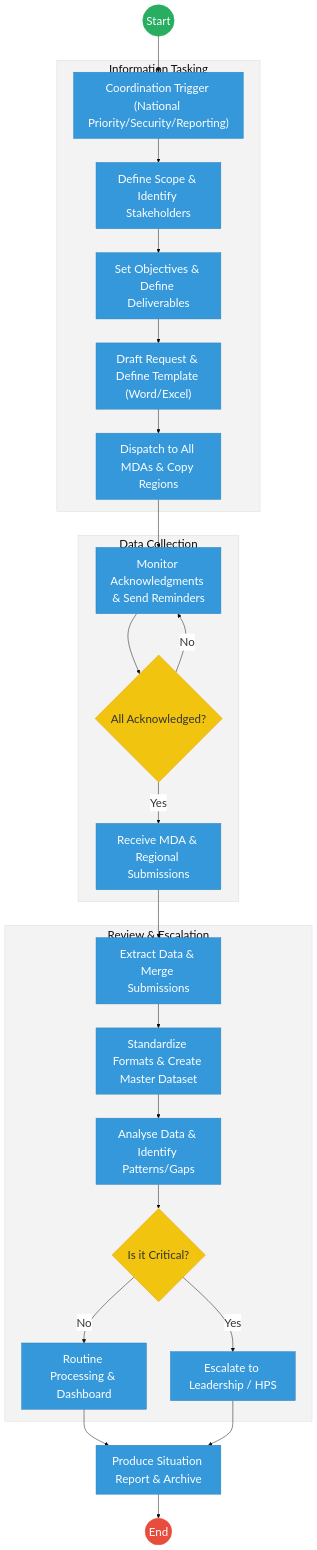
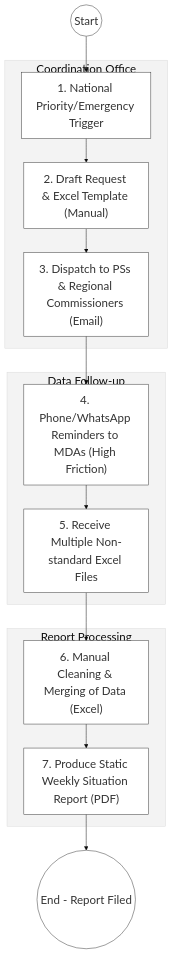
One commit to BITZ-IT-Consulting-LTD/ictapoc changed the first of 2 diagrams in mdas/docs_final/priority_mdas/National_Government_Coordination___Service_Delivery.md. Above: the diagram before and after it, drawn with Mermaid. The commit also changed other lines of this file and 37 other files, not shown here.

````diff
--- a/mdas/docs_final/priority_mdas/National_Government_Coordination___Service_Delivery.md
+++ b/mdas/docs_final/priority_mdas/National_Government_Coordination___Service_Delivery.md
@@ -40,43 +77,22 @@
 ```mermaid
 %%{init: { 'theme': 'base', 'themeVariables': { 'fontSize': '24px', 'fontFamily': 'Inter, system-ui, sans-serif', 'primaryColor': '#ffffff', 'edgeLabelBackground':'#ffffff', 'tertiaryColor': '#f3f3f3', 'mainBkg': '#ffffff', 'nodeBorder': '#333333' } } }%%
-graph TD
-    Start((Start)) --> Trigger["Coordination Trigger (National Priority/Security/Reporting)"]
+flowchart TD
+    Start((Start)) --> Trigger["1. National Priority/Emergency Trigger"]
     
-    subgraph Tasking["Information Tasking"]
-        Trigger --> Scope["Define Scope & Identify Stakeholders"]
-        Scope --> Objectives["Set Objectives & Define Deliverables"]
-        Objectives --> Draft["Draft Request & Define Template (Word/Excel)"]
-        Draft --> Dispatch["Dispatch to All MDAs & Copy Regions"]
+    subgraph Tasking_Silo["Coordination Office"]
+        Trigger --> Template["2. Draft Request & Excel Template (Manual)"]
+        Template --> Dispatch["3. Dispatch to PSs & Regional Commissioners (Email)"]
     end
-    
-    subgraph Data_Collection["Data Collection"]
-        Dispatch --> Monitor["Monitor Acknowledgments & Send Reminders"]
-        Monitor --> AllAck{"All Acknowledged?"}
-        
-        AllAck -- "No" --> Monitor
-        AllAck -- "Yes" --> Receive["Receive MDA & Regional Submissions"]
+
+    subgraph Collection_Layer["Data Follow-up"]
+        Dispatch --> Reminder["4. Phone/WhatsApp Reminders to MDAs (High Friction)"]
+        Reminder --> Recieve["5. Receive Multiple Non-standard Excel Files"]
     end
-    
-    subgraph Escalation["Review & Escalation"]
-        Receive --> Extract["Extract Data & Merge Submissions"]
-        Extract --> Standardize["Standardize Formats & Create Master Dataset"]
-        Standardize --> Analyze["Analyse Data & Identify Patterns/Gaps"]
-        Analyze --> Critical{"Is it Critical?"}
-        
-        Critical -- "Yes" --> Escalate["Escalate to Leadership / HPS"]
-        Critical -- "No" --> Routine["Routine Processing & Dashboard"]
+
+    subgraph Analysis_Silo["Report Processing"]
+        Recieve --> Extract["6. Manual Cleaning & Merging of Data (Excel)"]
+        Extract --> SitRep["7. Produce Static Weekly Situation Report (PDF)"]
     end
-    
-    Routine --> Report["Produce Situation Report & Archive"]
-    Escalate --> Report
-    Report --> End((End))
 
-    classDef start fill:#27ae60,stroke:#27ae60,color:#fff,font-size:24px,font-size:24px;;
-    classDef endNode fill:#e74c3c,stroke:#e74c3c,color:#fff,font-size:24px,font-size:24px;;
-    classDef userTask fill:#3498db,stroke:#2980b9,color:#fff,font-size:24px,font-size:24px;;
-    classDef gateway fill:#f1c40f,stroke:#f39c12,color:#333,font-size:24px,font-size:24px;;
-    class Start start;
-    class End endNode;
-    class AllAck,Critical gateway;
-    class Trigger,Scope,Objectives,Draft,Dispatch,Monitor,Receive,Extract,Standardize,Analyze,Escalate,Routine,Report userTask;
+    SitRep --> EndProcess(("End - Report Filed"))
 ```
````
